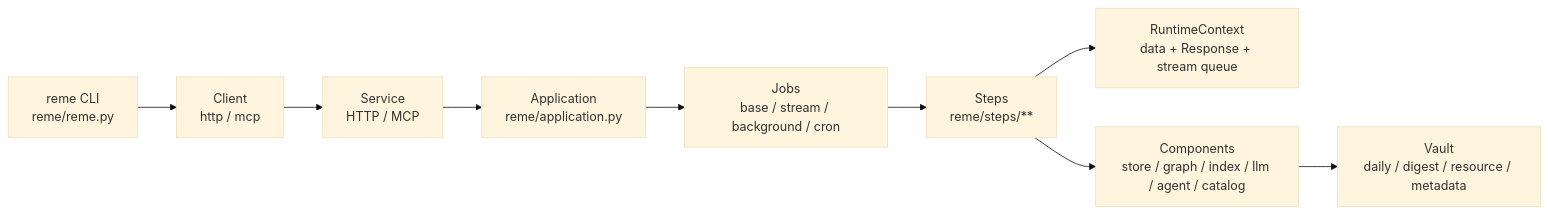
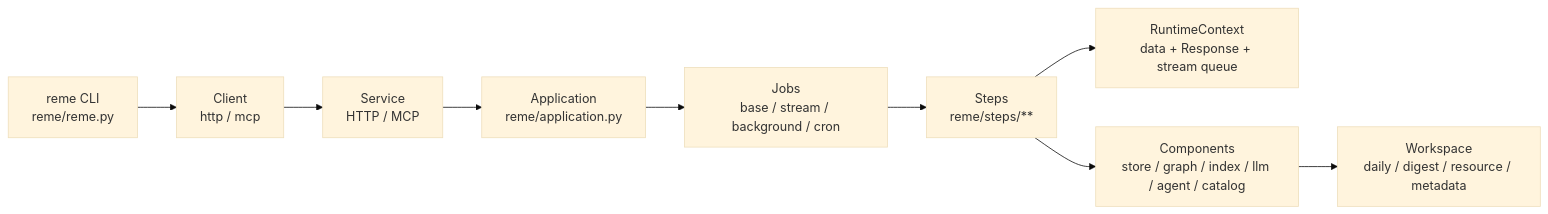
Before and after one commit to lllyyysss77/ReMe: the first of 13 diagrams in docs/zh/framework.md, drawn with Mermaid (base theme). The commit also changed other lines of this file and 94 other files, not shown here.

First line of the commit message:
docs: rename vault_dir to workspace_dir in documentation and examples (#286)

````diff
--- a/docs/zh/framework.md
+++ b/docs/zh/framework.md
@@ -16,11 +16,11 @@
 ```mermaid
 flowchart LR
     CLI["reme CLI<br/>reme/reme.py"] --> Client["Client<br/>http / mcp"]
     Client --> Service["Service<br/>HTTP / MCP"]
     Service --> App["Application<br/>reme/application.py"]
     App --> Jobs["Jobs<br/>base / stream / background / cron"]
     Jobs --> Steps["Steps<br/>reme/steps/**"]
     Steps --> Ctx["RuntimeContext<br/>data + Response + stream queue"]
     Steps --> Components["Components<br/>store / graph / index / llm / agent / catalog"]
-    Components --> Vault["Vault<br/>daily / digest / resource / metadata"]
+    Components --> Workspace["Workspace<br/>daily / digest / resource / metadata"]
 ```
````
